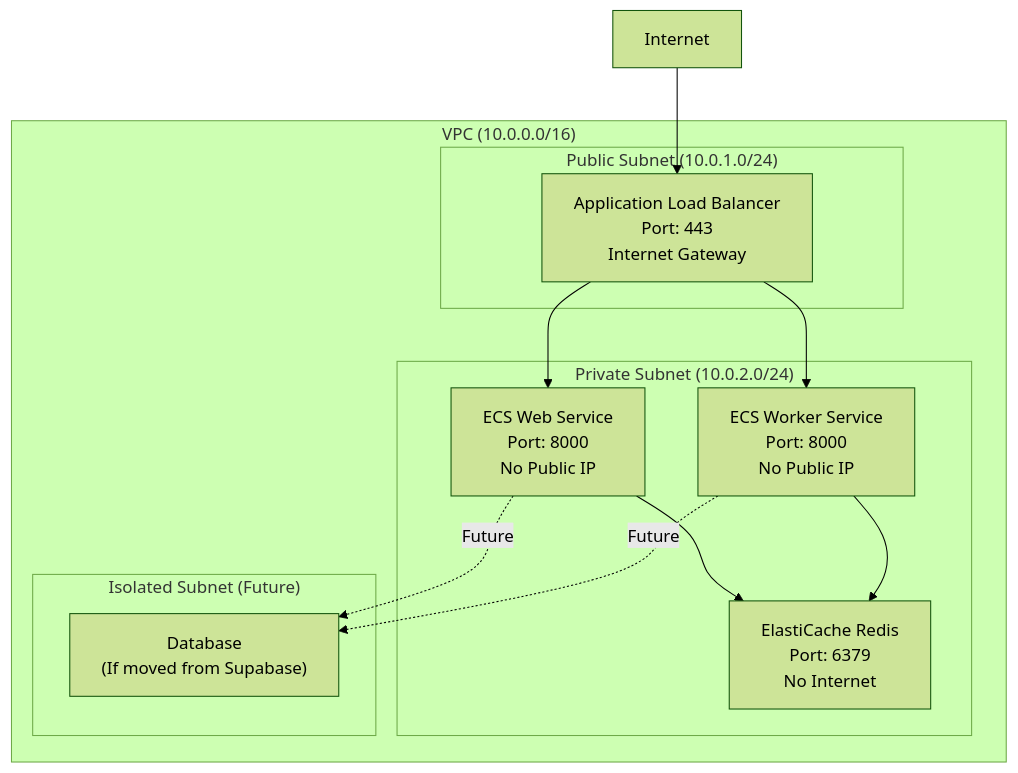
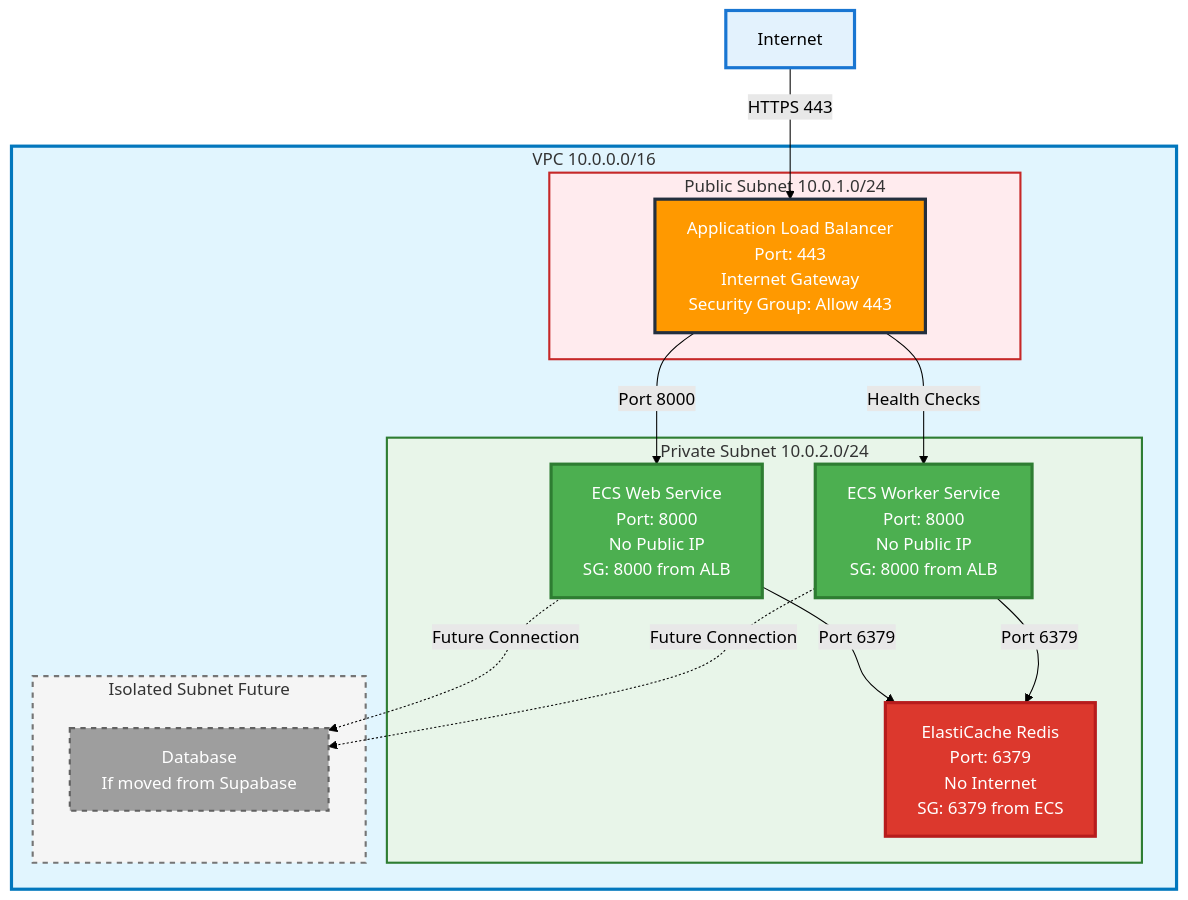
One commit to LOOPINX-CIRCLE/LoopinBackend changed the second of 5 diagrams in docs/AWS_INFRASTRUCTURE_ANALYSIS.md. Above: the diagram before and after it, drawn with Mermaid (forest theme). The commit also changed other lines of this file, not shown here.

First line of the commit message:
docs: Enhance AWS infrastructure diagrams with color coding and styling

````diff
--- a/docs/AWS_INFRASTRUCTURE_ANALYSIS.md
+++ b/docs/AWS_INFRASTRUCTURE_ANALYSIS.md
@@ -210,26 +226,39 @@
 ```mermaid
 flowchart TB
-    subgraph VPC["VPC (10.0.0.0/16)"]
-        subgraph Public["Public Subnet (10.0.1.0/24)"]
-            ALB["Application Load Balancer<br/>Port: 443<br/>Internet Gateway"]
+    Internet[Internet]
+    
+    subgraph VPC["VPC 10.0.0.0/16"]
+        subgraph Public["Public Subnet 10.0.1.0/24"]
+            ALB["Application Load Balancer<br/>Port: 443<br/>Internet Gateway<br/>Security Group: Allow 443"]
         end
         
-        subgraph Private["Private Subnet (10.0.2.0/24)"]
-            Web["ECS Web Service<br/>Port: 8000<br/>No Public IP"]
-            Worker["ECS Worker Service<br/>Port: 8000<br/>No Public IP"]
-            Redis["ElastiCache Redis<br/>Port: 6379<br/>No Internet"]
+        subgraph Private["Private Subnet 10.0.2.0/24"]
+            Web["ECS Web Service<br/>Port: 8000<br/>No Public IP<br/>SG: 8000 from ALB"]
+            Worker["ECS Worker Service<br/>Port: 8000<br/>No Public IP<br/>SG: 8000 from ALB"]
+            Redis["ElastiCache Redis<br/>Port: 6379<br/>No Internet<br/>SG: 6379 from ECS"]
         end
         
-        subgraph Isolated["Isolated Subnet (Future)"]
-            DB["Database<br/>(If moved from Supabase)"]
+        subgraph Isolated["Isolated Subnet Future"]
+            DB["Database<br/>If moved from Supabase"]
         end
     end
     
-    Internet --> ALB
-    ALB --> Web
-    ALB --> Worker
-    Web --> Redis
-    Worker --> Redis
-    Web -.->|Future| DB
-    Worker -.->|Future| DB
+    Internet -->|HTTPS 443| ALB
+    ALB -->|Port 8000| Web
+    ALB -->|Health Checks| Worker
+    Web -->|Port 6379| Redis
+    Worker -->|Port 6379| Redis
+    Web -.->|Future Connection| DB
+    Worker -.->|Future Connection| DB
+    
+    style Internet fill:#E3F2FD,stroke:#1976D2,stroke-width:3px,color:#000
+    style ALB fill:#FF9900,stroke:#232F3E,stroke-width:3px,color:#fff
+    style Web fill:#4CAF50,stroke:#2E7D32,stroke-width:3px,color:#fff
+    style Worker fill:#4CAF50,stroke:#2E7D32,stroke-width:3px,color:#fff
+    style Redis fill:#DC382D,stroke:#B71C1C,stroke-width:3px,color:#fff
+    style DB fill:#9E9E9E,stroke:#616161,stroke-width:2px,color:#fff,stroke-dasharray: 5 5
+    style Public fill:#FFEBEE,stroke:#C62828,stroke-width:2px
+    style Private fill:#E8F5E9,stroke:#2E7D32,stroke-width:2px
+    style Isolated fill:#F5F5F5,stroke:#757575,stroke-width:2px,stroke-dasharray: 5 5
+    style VPC fill:#E1F5FE,stroke:#0277BD,stroke-width:3px
 ```
````
